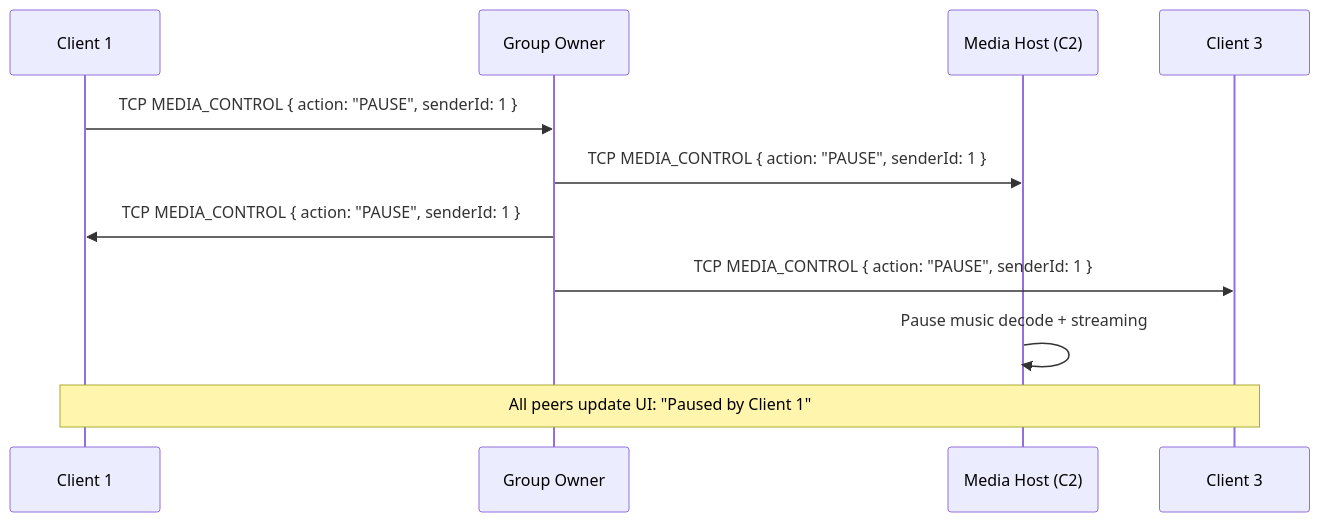
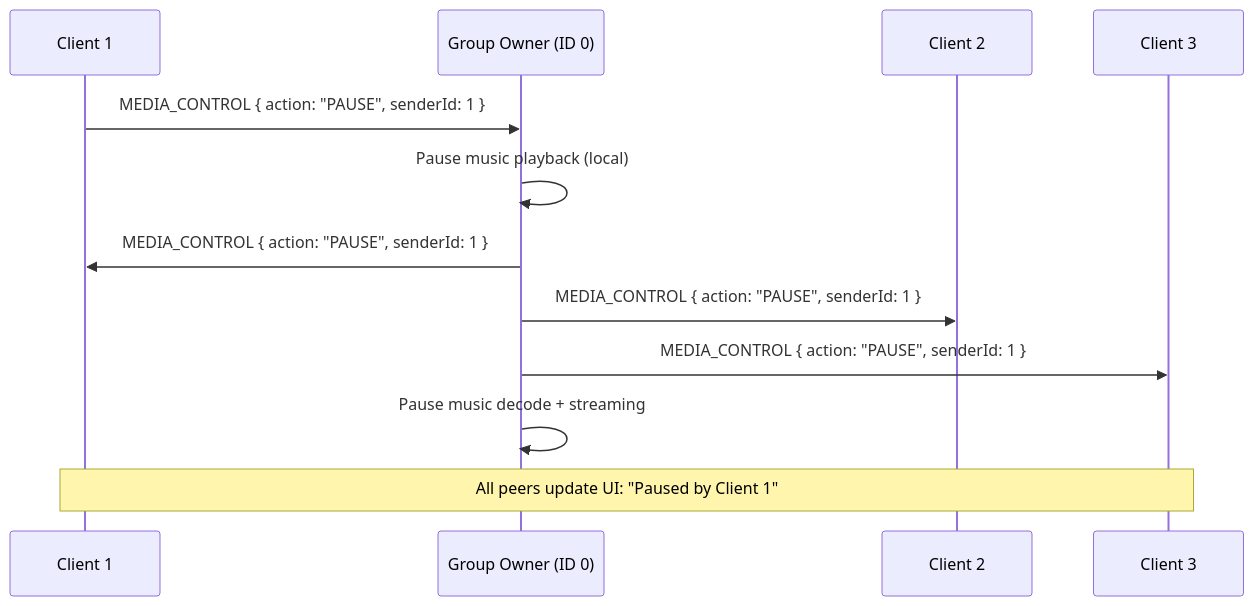
One commit to WINDY-WINDWARD/PeerSync changed diagram 11 of 16 in docs/ImplementationGuidelines.md. Above: the diagram before and after it, drawn with Mermaid. The commit also changed other lines of this file and 19 other files, not shown here.

Commit message:
feat: implement pure Wi-Fi Direct socket architecture, auto-discovery, and QR code fast-join

````diff
--- a/docs/ImplementationGuidelines.md
+++ b/docs/ImplementationGuidelines.md
@@ -578,15 +585,16 @@
 ```mermaid
 sequenceDiagram
     participant C1 as Client 1
-    participant GO as Group Owner
-    participant MH as Media Host (C2)
+    participant GO as Group Owner (ID 0)
+    participant C2 as Client 2
     participant C3 as Client 3
 
-    C1->>GO: TCP MEDIA_CONTROL { action: "PAUSE", senderId: 1 }
-    GO->>MH: TCP MEDIA_CONTROL { action: "PAUSE", senderId: 1 }
-    GO->>C1: TCP MEDIA_CONTROL { action: "PAUSE", senderId: 1 }
-    GO->>C3: TCP MEDIA_CONTROL { action: "PAUSE", senderId: 1 }
+    C1->>GO: MEDIA_CONTROL { action: "PAUSE", senderId: 1 }
+    GO->>GO: Pause music playback (local)
+    GO->>C1: MEDIA_CONTROL { action: "PAUSE", senderId: 1 }
+    GO->>C2: MEDIA_CONTROL { action: "PAUSE", senderId: 1 }
+    GO->>C3: MEDIA_CONTROL { action: "PAUSE", senderId: 1 }
 
-    MH->>MH: Pause music decode + streaming
+    GO->>GO: Pause music decode + streaming
     Note over C1,C3: All peers update UI: "Paused by Client 1"
 ```
````
